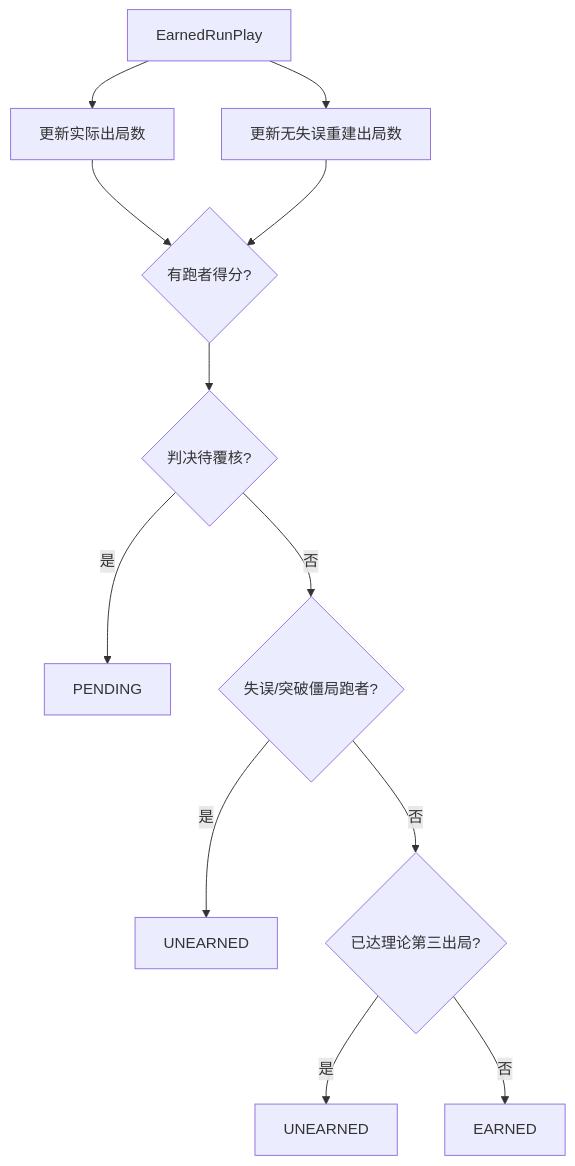
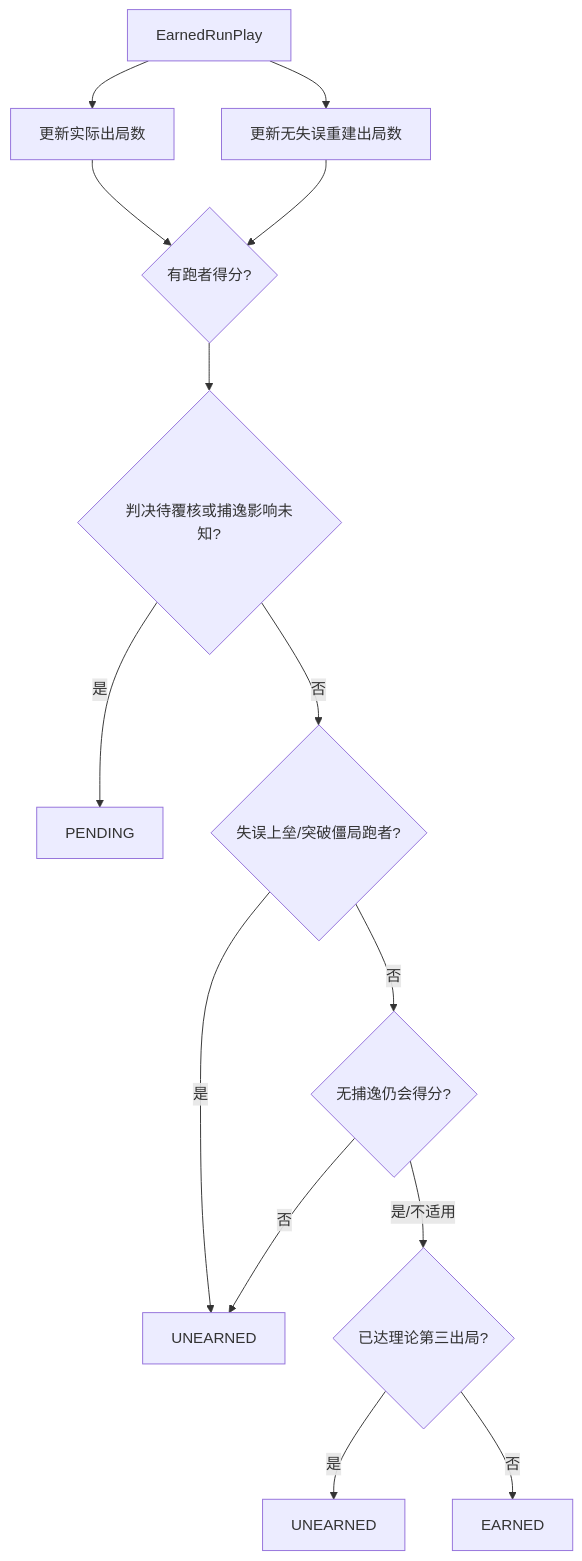
The fourth of 6 diagrams in docs/tech/数据模型设计/统计实体.md (skvan/bsdone), drawn with Mermaid before and after one commit. The commit also changed other lines of this file and 9 other files, not shown here.

````diff
--- a/docs/tech/数据模型设计/统计实体.md
+++ b/docs/tech/数据模型设计/统计实体.md
@@ -145,14 +148,16 @@
 ```mermaid
 flowchart TD
 Play["EarnedRunPlay"] --> Actual["更新实际出局数"]
 Play --> Rebuilt["更新无失误重建出局数"]
 Actual --> Score{"有跑者得分?"}
 Rebuilt --> Score
-Score --> Pending{"判决待覆核?"}
+Score --> Pending{"判决待覆核或捕逸影响未知?"}
 Pending -->|是| P["PENDING"]
-Pending -->|否| Origin{"失误/突破僵局跑者?"}
+Pending -->|否| Origin{"失误上垒/突破僵局跑者?"}
 Origin -->|是| U1["UNEARNED"]
-Origin -->|否| Third{"已达理论第三出局?"}
+Origin -->|否| Misplay{"无捕逸仍会得分?"}
+Misplay -->|否| U1
+Misplay -->|是/不适用| Third{"已达理论第三出局?"}
 Third -->|是| U2["UNEARNED"]
 Third -->|否| E["EARNED"]
 ```
````
